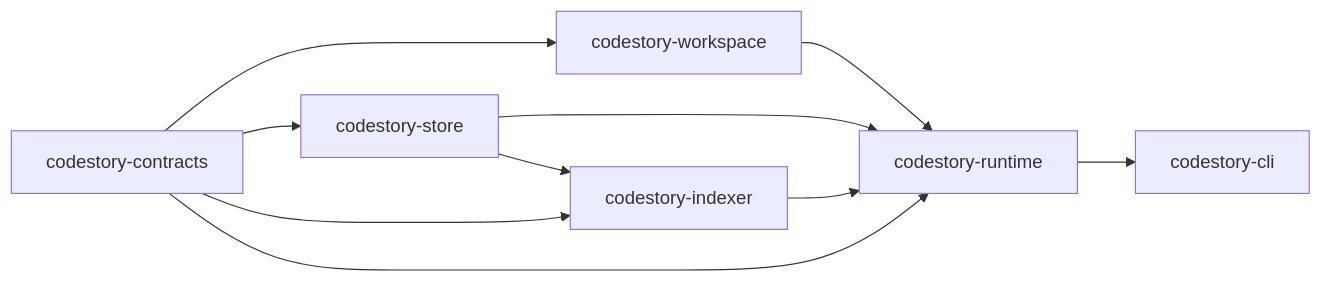
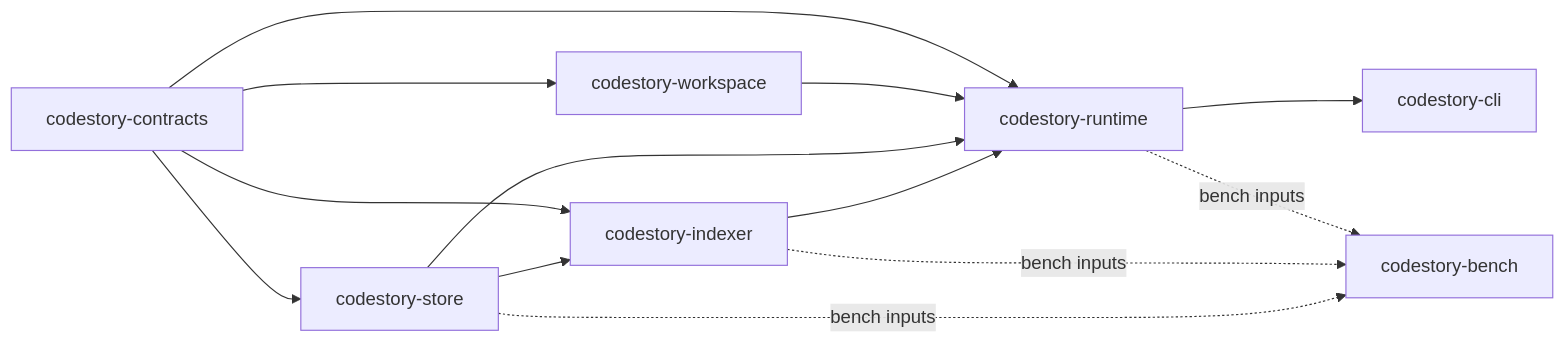
Before and after one commit to TheGreenCedar/CodeStory: the diagram in docs/architecture/overview.md, drawn with Mermaid. The commit also changed other lines of this file and 23 other files, not shown here.

````diff
--- a/docs/architecture/overview.md
+++ b/docs/architecture/overview.md
@@ -5,19 +6,23 @@
 ```mermaid
 flowchart LR
     Contracts["codestory-contracts"]
     Workspace["codestory-workspace"]
     Store["codestory-store"]
     Indexer["codestory-indexer"]
     Runtime["codestory-runtime"]
     CLI["codestory-cli"]
+    Bench["codestory-bench"]
 
     Contracts --> Workspace
     Contracts --> Store
     Contracts --> Indexer
     Contracts --> Runtime
     Workspace --> Runtime
     Store --> Runtime
     Store --> Indexer
     Indexer --> Runtime
     Runtime --> CLI
+    Runtime -. bench inputs .-> Bench
+    Indexer -. bench inputs .-> Bench
+    Store -. bench inputs .-> Bench
 ```
````
